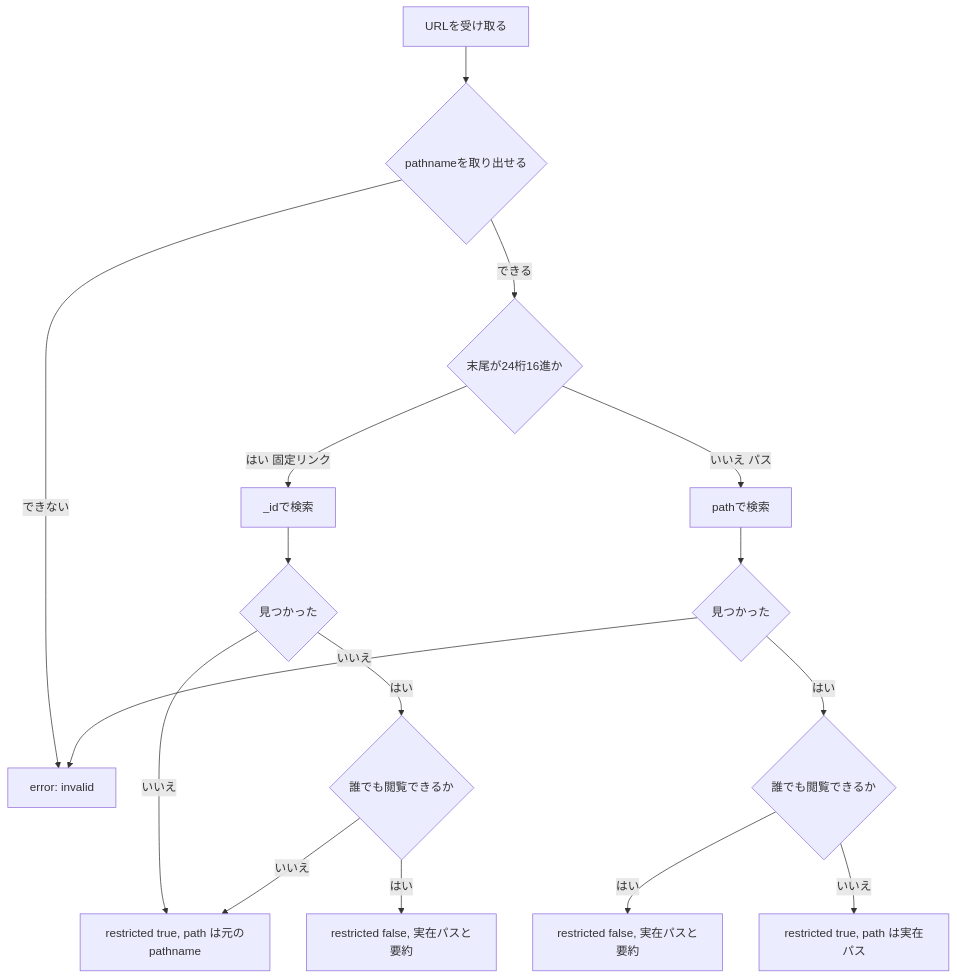
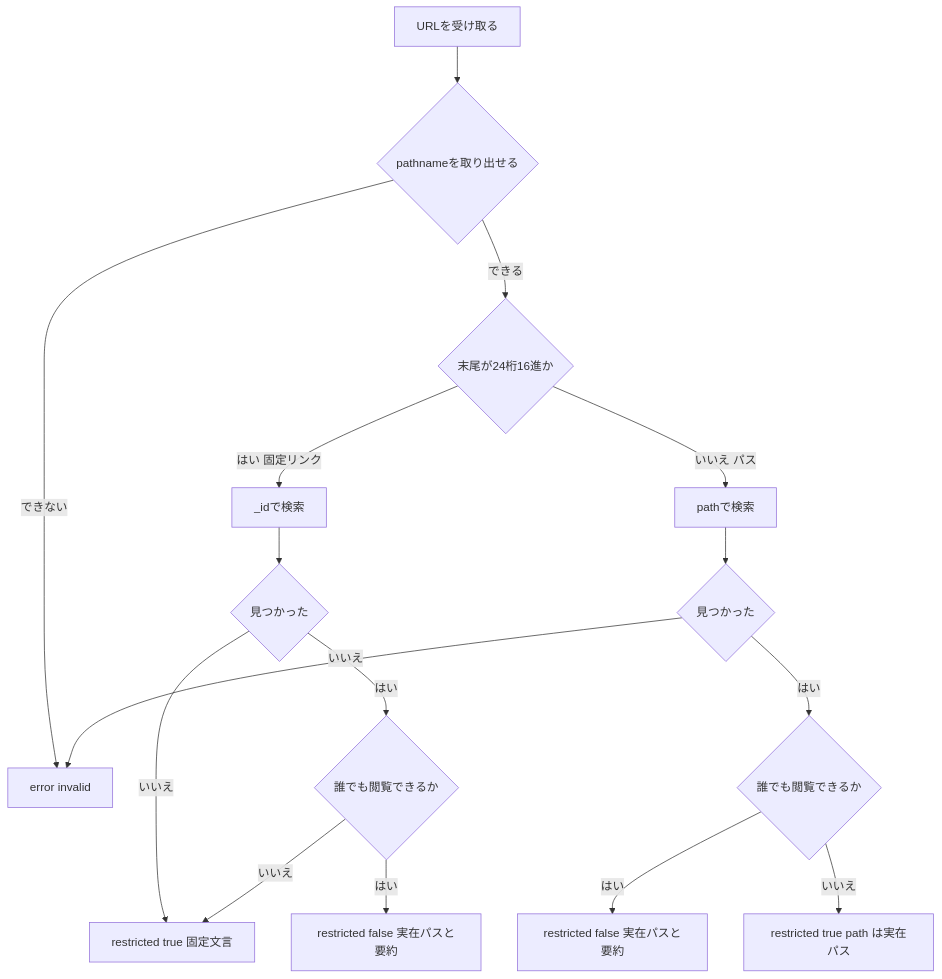
Before and after one commit to weseek/growi: the diagram in .kiro/specs/chat-integration-link-privacy/design.md, drawn with Mermaid. The commit also changed other lines of this file and 1 other file, not shown here.

````diff
--- a/.kiro/specs/chat-integration-link-privacy/design.md
+++ b/.kiro/specs/chat-integration-link-privacy/design.md
@@ -69,18 +86,18 @@
 ```mermaid
 flowchart TD
     Start[URLを受け取る] --> Parse{pathnameを取り出せる}
-    Parse -->|できない| ErrInvalid[error: invalid]
+    Parse -->|できない| ErrInvalid[error invalid]
     Parse -->|できる| IsPermalink{末尾が24桁16進か}
     IsPermalink -->|はい 固定リンク| FindById[_idで検索]
     IsPermalink -->|いいえ パス| FindByPath[pathで検索]
     FindById --> FoundById{見つかった}
     FindByPath --> FoundByPath{見つかった}
     FoundByPath -->|いいえ| ErrInvalid
     FoundByPath -->|はい| Grant{誰でも閲覧できるか}
-    FoundById -->|いいえ| RestrictedEcho[restricted true, path は元のpathname]
+    FoundById -->|いいえ| Unavailable[restricted true 固定文言]
     FoundById -->|はい| Grant2{誰でも閲覧できるか}
-    Grant -->|はい| Full1[restricted false, 実在パスと要約]
-    Grant -->|いいえ| RestrictedReal[restricted true, path は実在パス]
-    Grant2 -->|はい| Full2[restricted false, 実在パスと要約]
-    Grant2 -->|いいえ| RestrictedEcho
+    Grant -->|はい| Full1[restricted false 実在パスと要約]
+    Grant -->|いいえ| RestrictedReal[restricted true path は実在パス]
+    Grant2 -->|はい| Full2[restricted false 実在パスと要約]
+    Grant2 -->|いいえ| Unavailable
 ```
````
